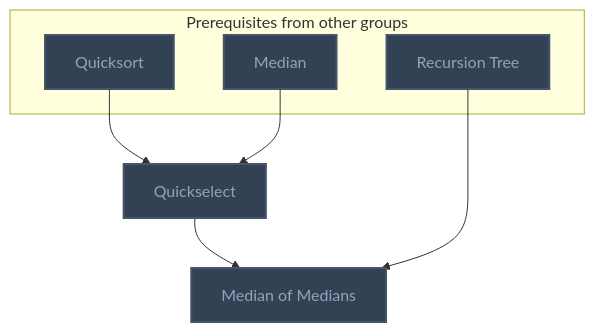
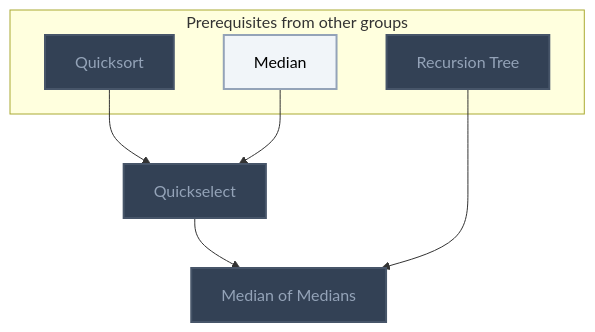
Diagram 14 of 17 in Gamification/Skill Trees/Data Structures and Algorithms.md (MRauf1/My-Notes), drawn with Mermaid before and after one commit. The commit also changed other lines of this file and 156 other files, not shown here.

````diff
--- a/Gamification/Skill Trees/Data Structures and Algorithms.md
+++ b/Gamification/Skill Trees/Data Structures and Algorithms.md
@@ -481,25 +483,26 @@
 ```mermaid
 flowchart TD
     classDef planned fill:#1E293B,stroke:#64748B,stroke-width:2px,stroke-dasharray:5 5,color:#94A3B8;
     classDef locked fill:#334155,stroke:#475569,stroke-width:2px,color:#94A3B8;
     classDef L0 fill:#F1F5F9,stroke:#94A3B8,stroke-width:2px,color:#000000;
     classDef L1 fill:#22C55E,stroke:#15803D,stroke-width:2px,color:#000000;
     classDef L2 fill:#3B82F6,stroke:#1D4ED8,stroke-width:3px,color:#FFFFFF;
     classDef L3 fill:#A855F7,stroke:#6B21A8,stroke-width:3px,color:#FFFFFF,font-weight:bold;
     classDef L4 fill:#F97316,stroke:#C2410C,stroke-width:4px,color:#000000,font-weight:bold;
     classDef L5 fill:#FFD700,stroke:#FF8C00,stroke-width:5px,color:#000000,font-weight:bold;
     classDef rusty stroke:#8B4513,stroke-width:4px,stroke-dasharray:3 3;
     subgraph sg_prereqs["Prerequisites from other groups"]
         n_quicksort["Quicksort"]
         n_median["Median"]
         n_recursion_tree["Recursion Tree"]
     end
     n_quickselect["Quickselect"]
     n_median_of_medians["Median of Medians"]
     n_quicksort --> n_quickselect
     n_median --> n_quickselect
     n_quickselect --> n_median_of_medians
     n_recursion_tree --> n_median_of_medians
-    class n_quicksort,n_median,n_recursion_tree,n_quickselect,n_median_of_medians locked;
+    class n_quicksort,n_recursion_tree,n_quickselect,n_median_of_medians locked;
+    class n_median L0;
     class n_quicksort,n_median,n_recursion_tree,n_quickselect,n_median_of_medians internal-link;
 ```
````
